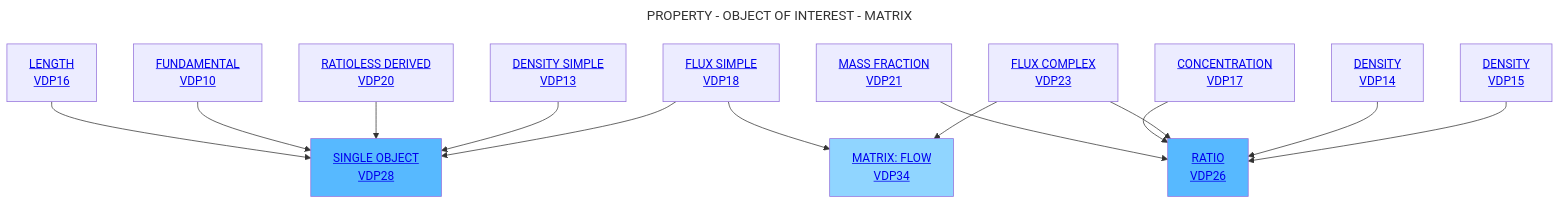
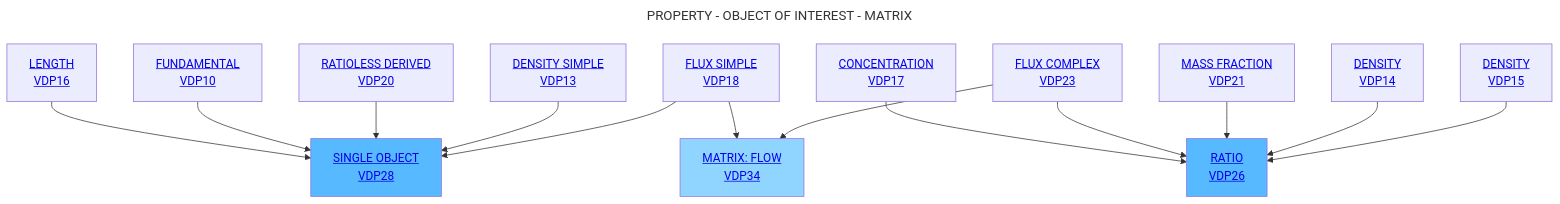
The diagram in Decisition_trees/DT6.mmd (mabablue/I-ADOPT-patterns-playground), drawn with Mermaid before and after one commit. The commit also changed other lines of this file, not shown here.

```diff
--- a/Decisition_trees/DT6.mmd
+++ b/Decisition_trees/DT6.mmd
@@ -1,19 +1,19 @@
 ---
 title: PROPERTY - OBJECT OF INTEREST - MATRIX
 ---
 flowchart TD
     A[<a href='https://github.com/mabablue/I-ADOPT-patterns-playground/blob/main/pattern/VDP16.yaml'>LENGTH <br> VDP16</a>] --> C[<a href='https://github.com/mabablue/I-ADOPT-patterns-playground/blob/main/pattern/VDP28.yaml'>SINGLE OBJECT <br> VDP28</a>]:::satblue
     B[<a href='https://github.com/mabablue/I-ADOPT-patterns-playground/blob/main/pattern/VDP10.yaml'>FUNDAMENTAL <br> VDP10</a>]  --> C
     D[<a href='https://github.com/mabablue/I-ADOPT-patterns-playground/blob/main/pattern/VDP20.yaml'>RATIOLESS DERIVED <br> VDP20</a>] --> C
-    L[<a href='https://github.com/mabablue/I-ADOPT-patterns-playground/blob/main/pattern/VDP21.yaml'>MASS FRACTION <br> VDP21</a>] --> F[<a href='https://github.com/mabablue/I-ADOPT-patterns-playground/blob/main/pattern/VDP26.yaml'>RATIO <br> VDP26</a>]:::satblue
     M[<a href='https://github.com/mabablue/I-ADOPT-patterns-playground/blob/main/pattern/VDP17.yaml'>CONCENTRATION <br> VDP17</a>] --> F
     H[<a href='https://github.com/mabablue/I-ADOPT-patterns-playground/blob/main/pattern/VDP13.yaml'>DENSITY SIMPLE <br> VDP13</a>] --> C
     I[<a href='https://github.com/mabablue/I-ADOPT-patterns-playground/blob/main/pattern/VDP23.yaml'>FLUX COMPLEX <br> VDP23</a>] --> F  
+    L[<a href='https://github.com/mabablue/I-ADOPT-patterns-playground/blob/main/pattern/VDP21.yaml'>MASS FRACTION <br> VDP21</a>] --> F[<a href='https://github.com/mabablue/I-ADOPT-patterns-playground/blob/main/pattern/VDP26.yaml'>RATIO <br> VDP26</a>]:::satblue
     Q[<a href='https://github.com/mabablue/I-ADOPT-patterns-playground/blob/main/pattern/VDP18.yaml'>FLUX SIMPLE <br> VDP18</a>] --> C
     O[<a href='https://github.com/mabablue/I-ADOPT-patterns-playground/blob/main/pattern/VDP14.yaml'>DENSITY <br> VDP14</a>] --> F
     P[<a href='https://github.com/mabablue/I-ADOPT-patterns-playground/blob/main/pattern/VDP15.yaml'>DENSITY <br> VDP15</a>] --> F
     Q --> K[<a href='https://github.com/mabablue/I-ADOPT-patterns-playground/blob/main/pattern/VDP34.yaml'>MATRIX: FLOW <br> VDP34</a>]:::blue
     I --> K
 
    classDef blue fill:#90D5FF
    classDef satblue fill:#57B9FF
```
